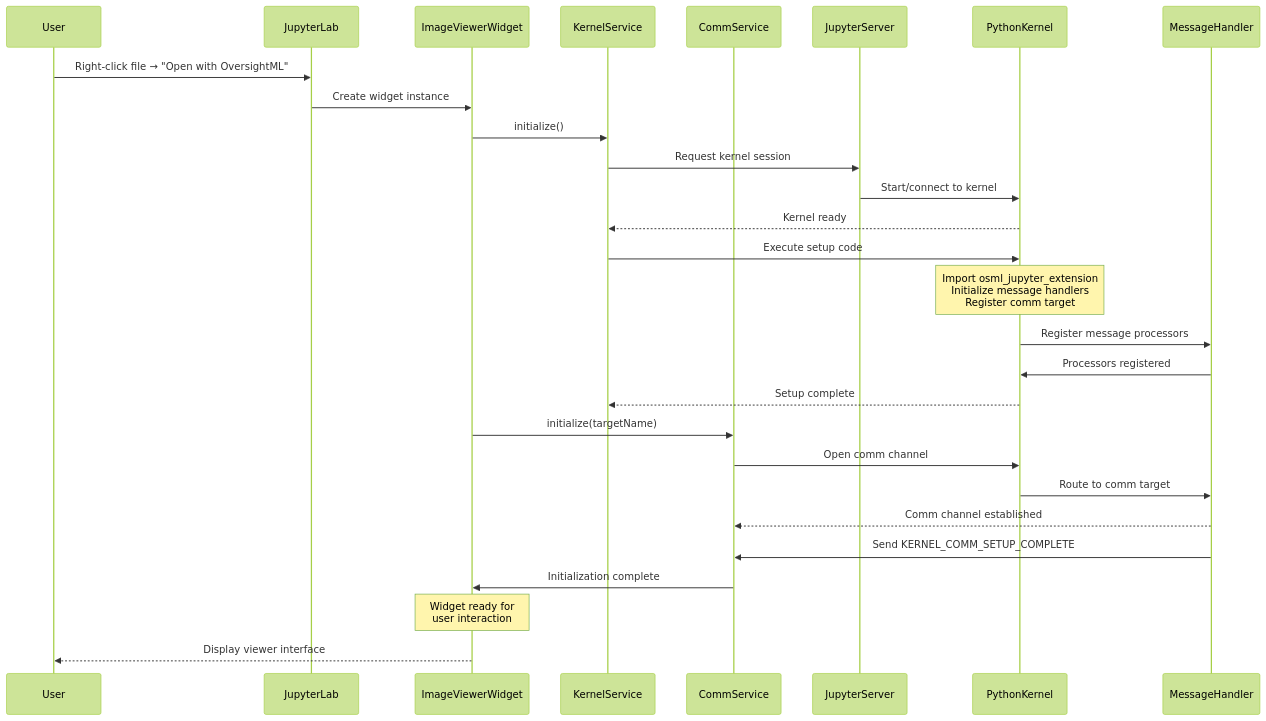
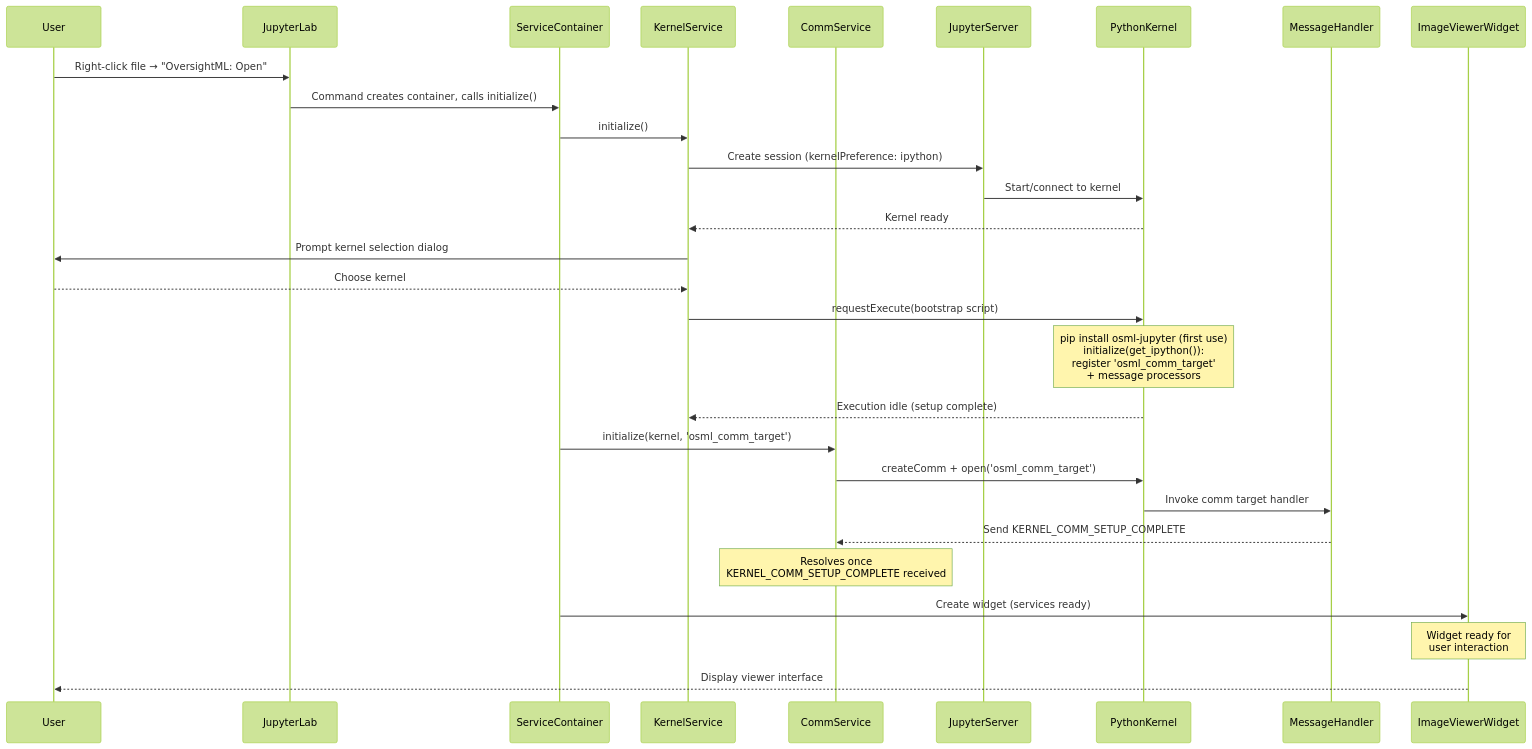
One commit to awslabs/osml-jupyter-extension changed the second of 3 diagrams in docs/ARCHITECTURE_OVERVIEW.md. Above: the diagram before and after it, drawn with Mermaid (forest theme). The commit also changed other lines of this file and 76 other files, not shown here.

````diff
--- a/docs/ARCHITECTURE_OVERVIEW.md
+++ b/docs/ARCHITECTURE_OVERVIEW.md
@@ -77,37 +183,37 @@
 ```mermaid
 sequenceDiagram
     participant User
     participant JupyterLab
-    participant ImageViewerWidget
+    participant ServiceContainer
     participant KernelService
     participant CommService
     participant JupyterServer
     participant PythonKernel
     participant MessageHandler
+    participant ImageViewerWidget
 
-    User->>JupyterLab: Right-click file → "Open with OversightML"
-    JupyterLab->>ImageViewerWidget: Create widget instance
+    User->>JupyterLab: Right-click file → "OversightML: Open"
+    JupyterLab->>ServiceContainer: Command creates container, calls initialize()
 
-    ImageViewerWidget->>KernelService: initialize()
-    KernelService->>JupyterServer: Request kernel session
+    ServiceContainer->>KernelService: initialize()
+    KernelService->>JupyterServer: Create session (kernelPreference: ipython)
     JupyterServer->>PythonKernel: Start/connect to kernel
     PythonKernel-->>KernelService: Kernel ready
 
-    KernelService->>PythonKernel: Execute setup code
-    Note over PythonKernel: Import osml_jupyter_extension<br/>Initialize message handlers<br/>Register comm target
+    KernelService->>User: Prompt kernel selection dialog
+    User-->>KernelService: Choose kernel
 
-    PythonKernel->>MessageHandler: Register message processors
-    MessageHandler->>PythonKernel: Processors registered
-    PythonKernel-->>KernelService: Setup complete
+    KernelService->>PythonKernel: requestExecute(bootstrap script)
+    Note over PythonKernel: pip install osml-jupyter (first use)<br/>initialize(get_ipython()):<br/>register 'osml_comm_target'<br/>+ message processors
+    PythonKernel-->>KernelService: Execution idle (setup complete)
 
-    ImageViewerWidget->>CommService: initialize(targetName)
-    CommService->>PythonKernel: Open comm channel
-    PythonKernel->>MessageHandler: Route to comm target
-    MessageHandler-->>CommService: Comm channel established
+    ServiceContainer->>CommService: initialize(kernel, 'osml_comm_target')
+    CommService->>PythonKernel: createComm + open('osml_comm_target')
+    PythonKernel->>MessageHandler: Invoke comm target handler
+    MessageHandler-->>CommService: Send KERNEL_COMM_SETUP_COMPLETE
+    Note over CommService: Resolves once<br/>KERNEL_COMM_SETUP_COMPLETE received
 
-    MessageHandler->>CommService: Send KERNEL_COMM_SETUP_COMPLETE
-    CommService->>ImageViewerWidget: Initialization complete
-
+    ServiceContainer->>ImageViewerWidget: Create widget (services ready)
     Note over ImageViewerWidget: Widget ready for<br/>user interaction
     ImageViewerWidget-->>User: Display viewer interface
 ```
````
